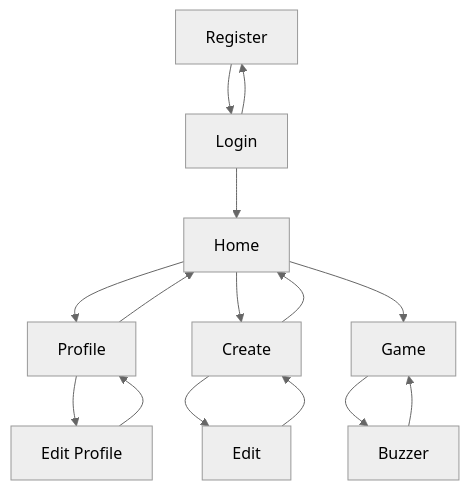
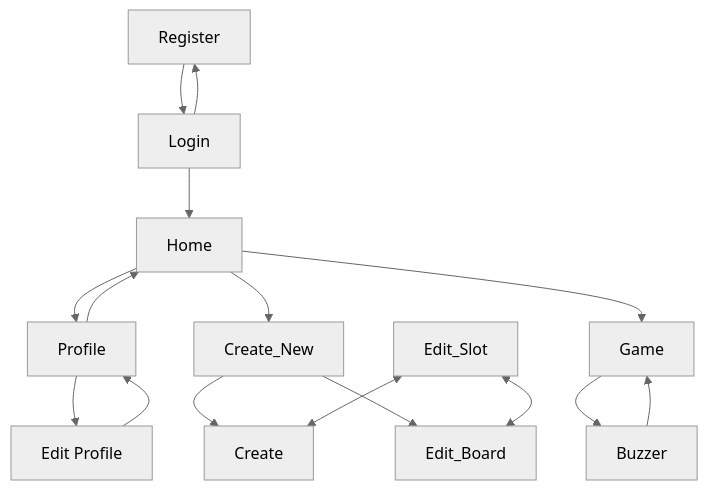
Before and after one commit to stuy-softdev/PMG: the second of 2 diagrams in design.md, drawn with Mermaid. The commit also changed other lines of this file and 2 other files, not shown here.

Commit message:
edited component map

````diff
--- a/design.md
+++ b/design.md
@@ -103,28 +103,28 @@
 ``` mermaid
 ---
 config:
   theme: neutral
   layout: dagre
 ---
 flowchart TB
     n1["Register"] --> n2["Login"]
     n2 --> n1 & n5["Home"]
-    n5 --> n4["Profile"] & n6["Create"]
+    n5 --> n4["Profile"] & n6["Create_New"]
+    n6 --> n10["Create"] & n11["Edit_Board"]
     n4 --> n3["Edit Profile"] & n5
     n3 --> n4
-    n6 --> n7["Edit"] & n5
-    n7 --> n6
+    n7["Edit_Slot"] <--> n10 & n11
     n9["Game"] --> n8["Buzzer"]
     n8 --> n9
     n5 --> n9
 
     n1@{ shape: rect}
     n2@{ shape: rect}
     n5@{ shape: rect}
     n4@{ shape: rect}
     n6@{ shape: rect}
     n3@{ shape: rect}
     n7@{ shape: rect}
     n9@{ shape: rect}
     n8@{ shape: rect}
 ```
````
